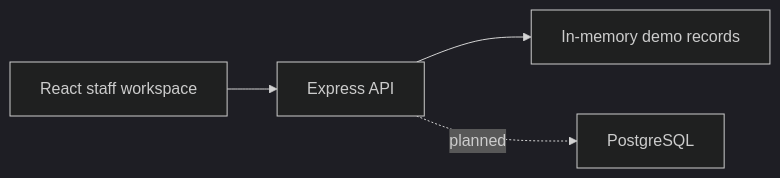
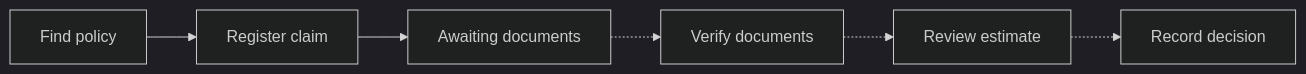
Before and after one commit to darshachamika/Amana: the diagram in README.md, drawn with Mermaid (dark theme). The commit also changed other lines of this file, not shown here.

````diff
--- a/README.md
+++ b/README.md
@@ -17,6 +24,8 @@
 ```mermaid
 flowchart LR
-  UI["React staff workspace"] --> API["Express API"]
-  API --> Demo["In-memory demo records"]
-  API -. planned .-> DB["PostgreSQL"]
+  Policy["Find policy"] --> Intake["Register claim"]
+  Intake --> Queue["Awaiting documents"]
+  Queue -.-> Verify["Verify documents"]
+  Verify -.-> Estimate["Review estimate"]
+  Estimate -.-> Decision["Record decision"]
 ```
````
